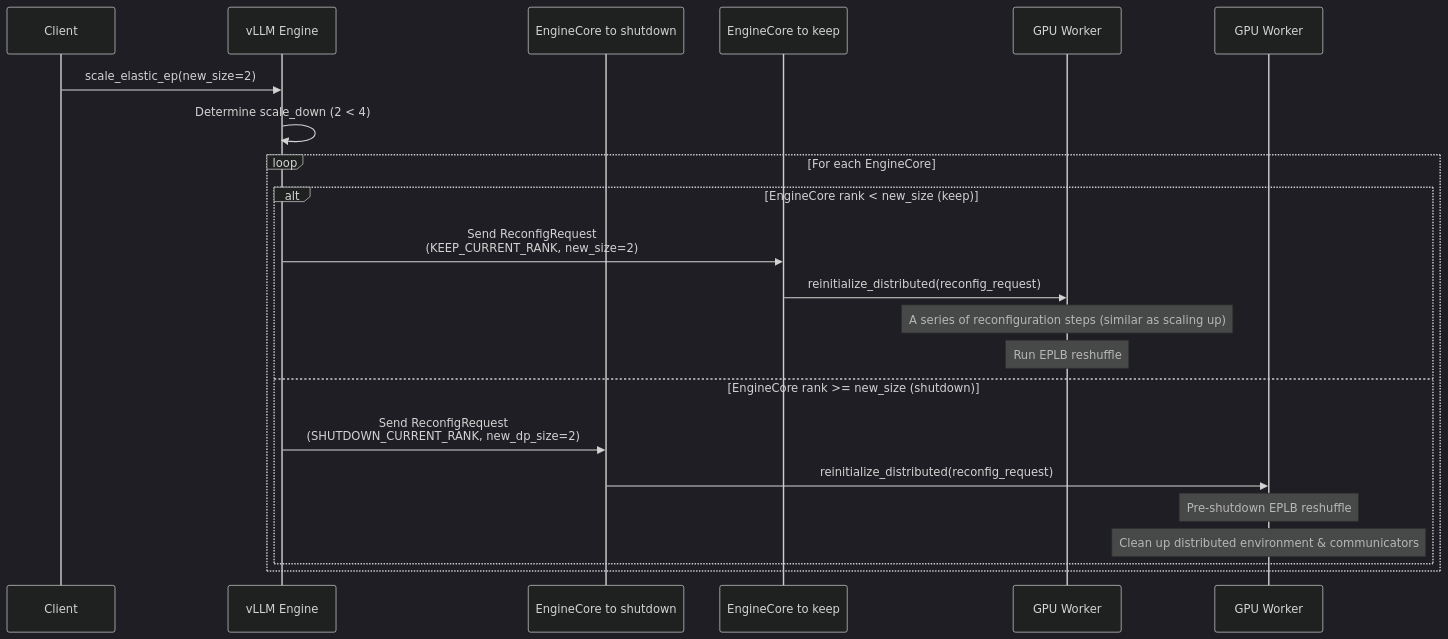
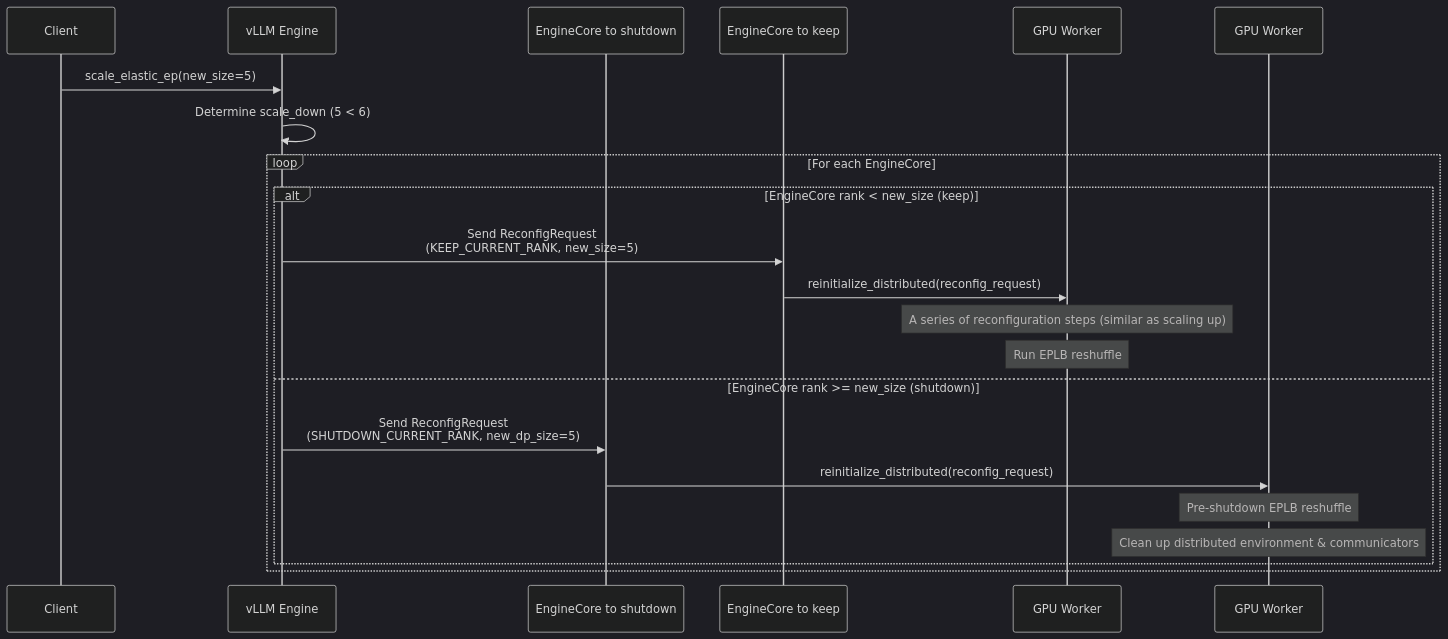
Before and after one commit to ruisearch42/vllm: the diagram in detailed_scale_down_terminating.md, drawn with Mermaid (dark theme). The commit also changed 5 other files, not shown here.

````diff
--- a/detailed_scale_down_terminating.md
+++ b/detailed_scale_down_terminating.md
@@ -5,30 +5,30 @@
 ```mermaid
 sequenceDiagram
     participant Client as Client
     participant Engine as vLLM Engine
     participant ShutdownEngineCore as EngineCore to shutdown
     participant KeepEngineCore as EngineCore to keep
     participant Worker1 as GPU Worker
     participant Worker2 as GPU Worker
     
-    Client->>Engine: scale_elastic_ep(new_size=2)
-    Engine->>Engine: Determine scale_down (2 < 4)
+    Client->>Engine: scale_elastic_ep(new_size=5)
+    Engine->>Engine: Determine scale_down (5 < 6)
     
     loop For each EngineCore
         alt EngineCore rank < new_size (keep)
-            Engine->>KeepEngineCore: Send ReconfigRequest<br/>(KEEP_CURRENT_RANK, new_size=2)
+            Engine->>KeepEngineCore: Send ReconfigRequest<br/>(KEEP_CURRENT_RANK, new_size=5)
             KeepEngineCore->>Worker1: reinitialize_distributed(reconfig_request)
             
             Note over Worker1: A series of reconfiguration steps (similar as scaling up)
             Note over Worker1: Run EPLB reshuffle
             
         else EngineCore rank >= new_size (shutdown)
-            Engine->>ShutdownEngineCore: Send ReconfigRequest<br/>(SHUTDOWN_CURRENT_RANK, new_dp_size=2)
+            Engine->>ShutdownEngineCore: Send ReconfigRequest<br/>(SHUTDOWN_CURRENT_RANK, new_dp_size=5)
             ShutdownEngineCore->>Worker2: reinitialize_distributed(reconfig_request)
             
             Note over Worker2: Pre-shutdown EPLB reshuffle
             Note over Worker2: Clean up distributed environment & communicators
             
         end
     end
 ```
````
